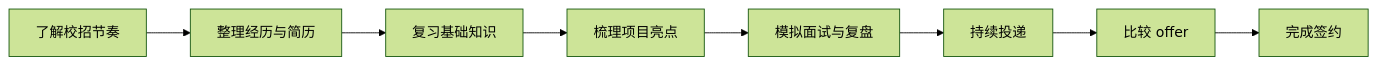
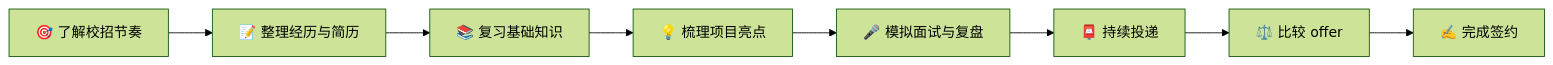
The diagram in readme.md (wuyoueeee/CS-Job-Guide), drawn with Mermaid (forest theme) before and after one commit. The commit also changed other lines of this file, not shown here.

````diff
--- a/readme.md
+++ b/readme.md
@@ -45,10 +93,10 @@
 ```mermaid
 flowchart LR
-    A[了解校招节奏] --> B[整理经历与简历]
-    B --> C[复习基础知识]
-    C --> D[梳理项目亮点]
-    D --> E[模拟面试与复盘]
-    E --> F[持续投递]
-    F --> G[比较 offer]
-    G --> H[完成签约]
+    A[🎯 了解校招节奏] --> B[📝 整理经历与简历]
+    B --> C[📚 复习基础知识]
+    C --> D[💡 梳理项目亮点]
+    D --> E[🎤 模拟面试与复盘]
+    E --> F[📮 持续投递]
+    F --> G[⚖️ 比较 offer]
+    G --> H[✍️ 完成签约]
 ```
````
